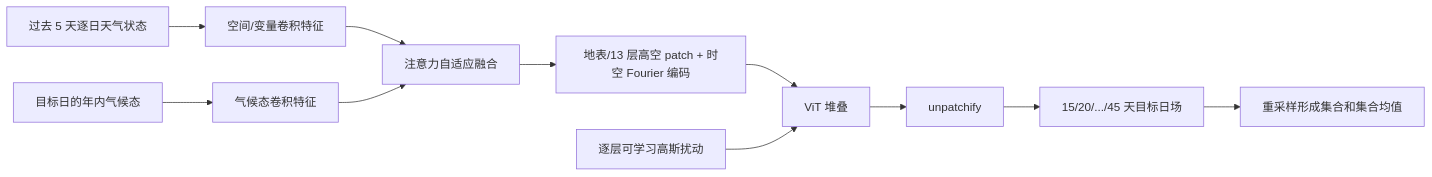
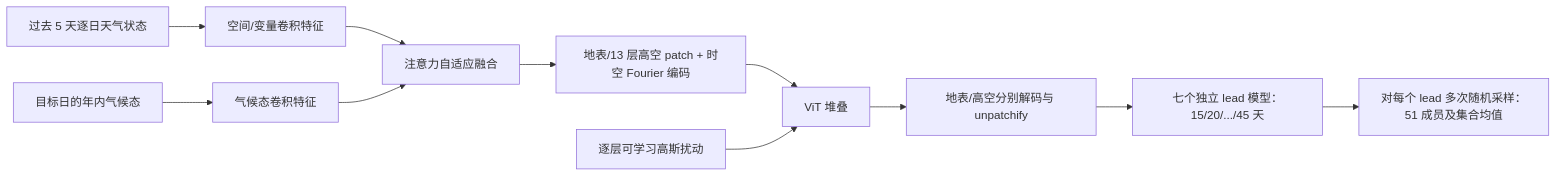
The diagram in notes/s2s/04-tianquan-s2s.md (morestart/weather-dl-paper-notes), drawn with Mermaid before and after one commit. The commit also changed other lines of this file and 2 other files, not shown here.

````diff
--- a/notes/s2s/04-tianquan-s2s.md
+++ b/notes/s2s/04-tianquan-s2s.md
@@ -19,13 +19,13 @@
 ```mermaid
 flowchart LR
   A[过去 5 天逐日天气状态] --> B[空间/变量卷积特征]
   C[目标日的年内气候态] --> D[气候态卷积特征]
   B --> E[注意力自适应融合]
   D --> E
   E --> F[地表/13 层高空 patch + 时空 Fourier 编码]
   F --> G[ViT 堆叠]
   H[逐层可学习高斯扰动] --> G
-  G --> I[unpatchify]
-  I --> J[15/20/.../45 天目标日场]
-  J --> K[重采样形成集合和集合均值]
+  G --> I[地表/高空分别解码与 unpatchify]
+  I --> J[七个独立 lead 模型：15/20/.../45 天]
+  J --> K[对每个 lead 多次随机采样：51 成员及集合均值]
 ```
````
